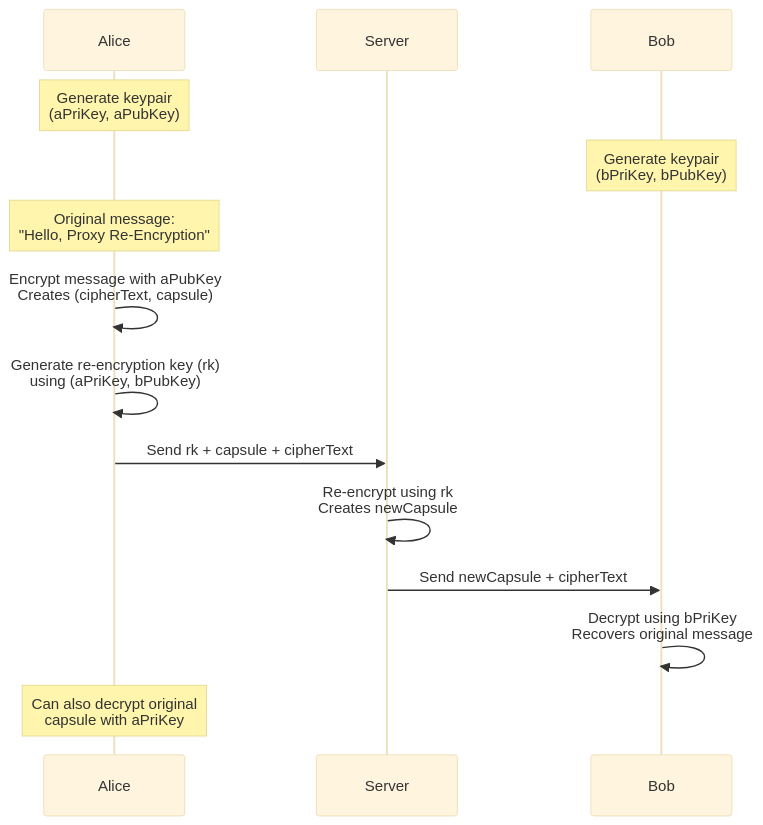
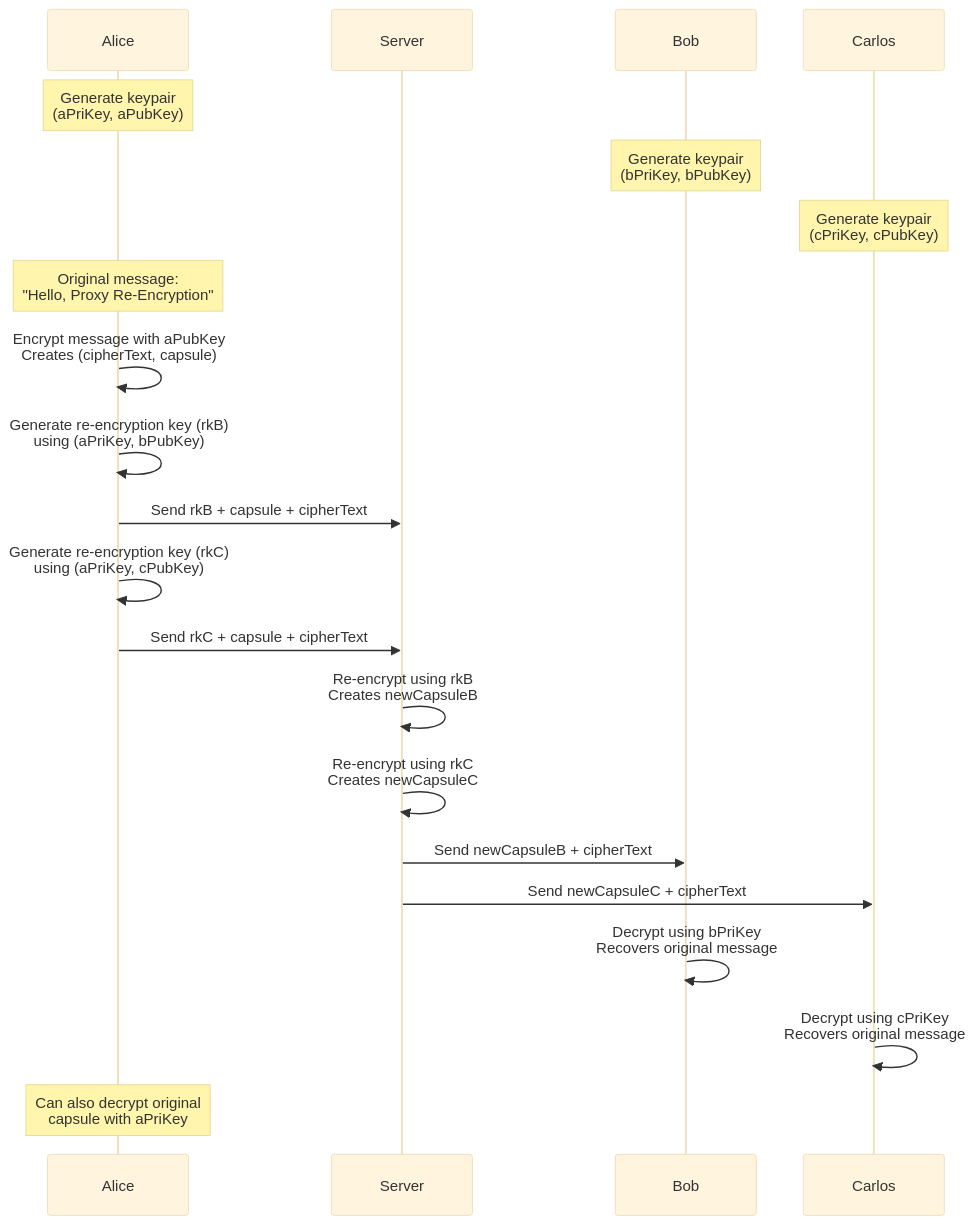
Before and after one commit to kien-genetica/secure-genom: the diagram in docs/flow/PRE-flow.md, drawn with Mermaid (base theme).

Commit message:
perf: add bob for pre flow

````diff
--- a/docs/flow/PRE-flow.md
+++ b/docs/flow/PRE-flow.md
@@ -1,26 +1,35 @@
 ```mermaid
 sequenceDiagram
     participant A as Alice
     participant S as Server
     participant B as Bob
+    participant C as Carlos
 
     Note over A: Generate keypair<br/>(aPriKey, aPubKey)
     Note over B: Generate keypair<br/>(bPriKey, bPubKey)
+    Note over C: Generate keypair<br/>(cPriKey, cPubKey)
 
     %% Initial Encryption
     Note over A: Original message:<br/>"Hello, Proxy Re-Encryption"
     A->>A: Encrypt message with aPubKey<br/>Creates (cipherText, capsule)
 
-    %% Re-encryption key generation
-    A->>A: Generate re-encryption key (rk)<br/>using (aPriKey, bPubKey)
-    A->>S: Send rk + capsule + cipherText
+    %% Re-encryption key generation for Bob
+    A->>A: Generate re-encryption key (rkB)<br/>using (aPriKey, bPubKey)
+    A->>S: Send rkB + capsule + cipherText
 
-    %% Server Re-encryption
-    S->>S: Re-encrypt using rk<br/>Creates newCapsule
-    S->>B: Send newCapsule + cipherText
+    %% Re-encryption key generation for Carlos
+    A->>A: Generate re-encryption key (rkC)<br/>using (aPriKey, cPubKey)
+    A->>S: Send rkC + capsule + cipherText
 
-    %% Decryption
+    %% Server Re-encryption for both recipients
+    S->>S: Re-encrypt using rkB<br/>Creates newCapsuleB
+    S->>S: Re-encrypt using rkC<br/>Creates newCapsuleC
+    S->>B: Send newCapsuleB + cipherText
+    S->>C: Send newCapsuleC + cipherText
+
+    %% Decryption by both recipients
     B->>B: Decrypt using bPriKey<br/>Recovers original message
+    C->>C: Decrypt using cPriKey<br/>Recovers original message
 
     Note over A: Can also decrypt original<br/>capsule with aPriKey
 ```
````
